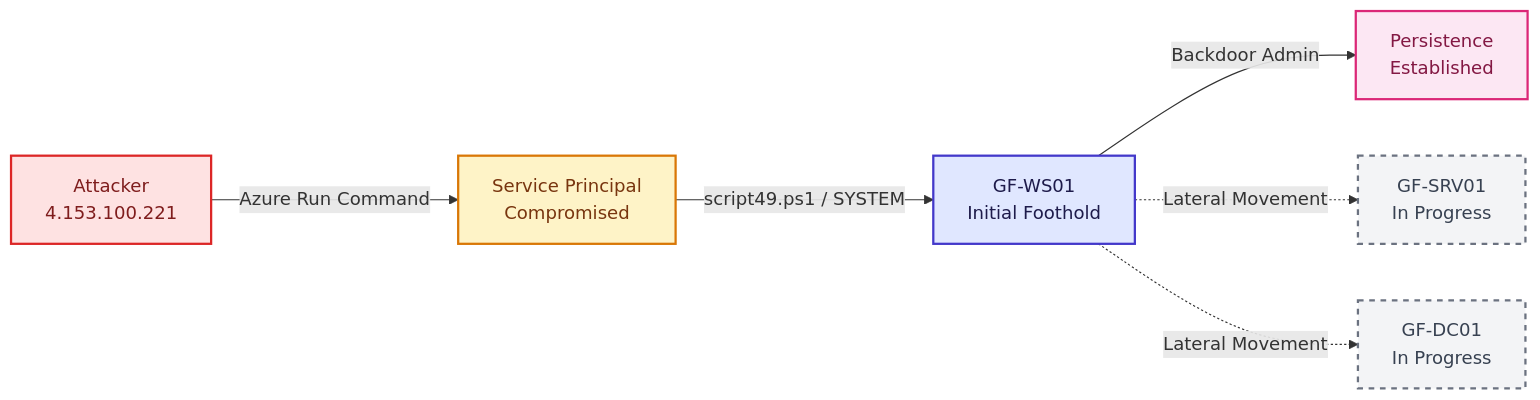
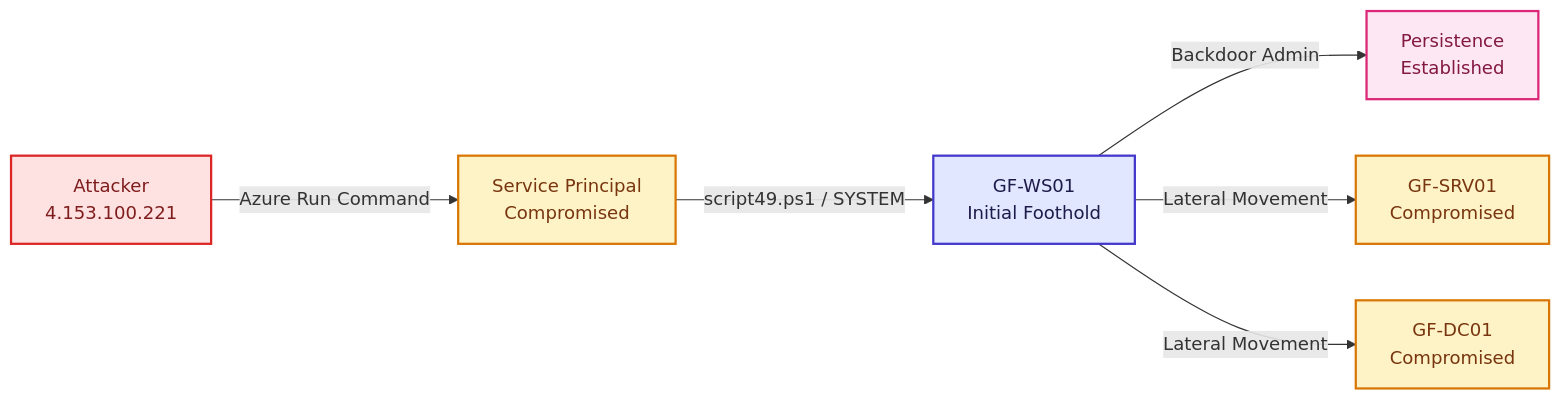
The first of 6 diagrams in README.md (Danielle-Respes/Hidden-Directive-Threat-Hunt-Investigation-Sentinel-MDE-2026), drawn with Mermaid before and after one commit. The commit also changed other lines of this file, not shown here.

````diff
--- a/README.md
+++ b/README.md
@@ -43,20 +43,19 @@
 ```mermaid
 graph LR
     A["Attacker<br/>4.153.100.221"] -->|Azure Run Command| B["Service Principal<br/>Compromised"]
     B -->|script49.ps1 / SYSTEM| C["GF-WS01<br/>Initial Foothold"]
     C -->|Backdoor Admin| D["Persistence<br/>Established"]
-    C -.->|Lateral Movement| E["GF-SRV01<br/>In Progress"]
-    C -.->|Lateral Movement| F["GF-DC01<br/>In Progress"]
+    C -->|Lateral Movement| E["GF-SRV01<br/>Compromised"]
+    C -->|Lateral Movement| F["GF-DC01<br/>Compromised"]
 
     classDef attacker fill:#fee2e2,stroke:#dc2626,stroke-width:2px,color:#7f1d1d
     classDef compromised fill:#fef3c7,stroke:#d97706,stroke-width:2px,color:#78350f
     classDef foothold fill:#e0e7ff,stroke:#4338ca,stroke-width:2px,color:#1e1b4b
     classDef persistence fill:#fce7f3,stroke:#db2777,stroke-width:2px,color:#831843
-    classDef inprogress fill:#f3f4f6,stroke:#6b7280,stroke-width:2px,stroke-dasharray:5 5,color:#374151
 
     class A attacker
     class B compromised
     class C foothold
     class D persistence
-    class E,F inprogress
+    class E,F compromised
 ```
````
